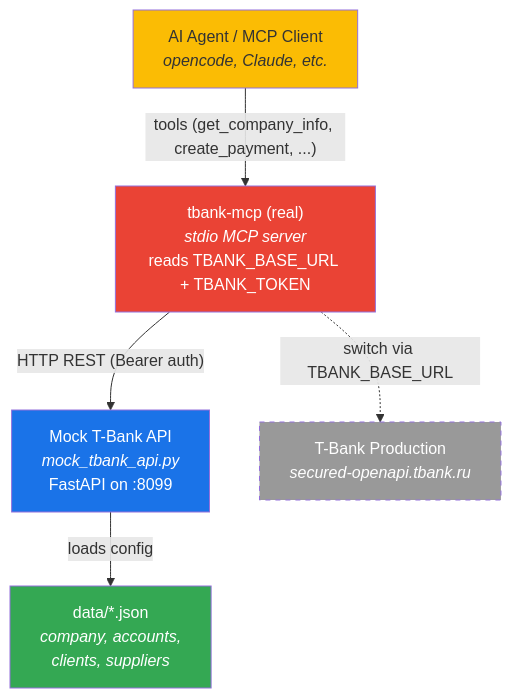
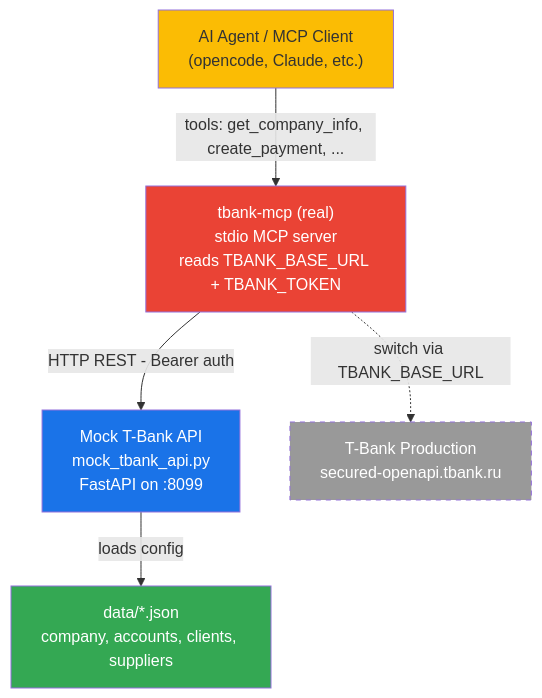
The diagram in README.md (yosbel-penate2/mock-tbank-api), drawn with Mermaid before and after one commit.

Commit message:
fix: remove HTML tags from Mermaid diagram for GitHub compat

````diff
--- a/README.md
+++ b/README.md
@@ -30,19 +30,19 @@
 ```mermaid
 flowchart TB
-    Agent["AI Agent / MCP Client<br/><i>opencode, Claude, etc.</i>"]
-    MCP["tbank-mcp (real)<br/><i>stdio MCP server</i><br/>reads TBANK_BASE_URL + TBANK_TOKEN"]
-    Mock["Mock T-Bank API<br/><i>mock_tbank_api.py</i><br/>FastAPI on :8099"]
-    Data["data/*.json<br/><i>company, accounts,<br/>clients, suppliers</i>"]
-    Prod["T-Bank Production<br/><i>secured-openapi.tbank.ru</i>"]
+    Agent["AI Agent / MCP Client<br/>(opencode, Claude, etc.)"]
+    MCP["tbank-mcp (real)<br/>stdio MCP server<br/>reads TBANK_BASE_URL + TBANK_TOKEN"]
+    Mock["Mock T-Bank API<br/>mock_tbank_api.py<br/>FastAPI on :8099"]
+    Data["data/*.json<br/>company, accounts, clients, suppliers"]
+    Prod["T-Bank Production<br/>secured-openapi.tbank.ru"]
 
-    Agent -- "tools (get_company_info, create_payment, ...)" --> MCP
-    MCP -- "HTTP REST (Bearer auth)" --> Mock
-    Mock -- "loads config" --> Data
-    MCP -. "switch via TBANK_BASE_URL" .-> Prod
+    Agent -->|tools: get_company_info, create_payment, ...| MCP
+    MCP -->|HTTP REST - Bearer auth| Mock
+    Mock -->|loads config| Data
+    MCP -.->|switch via TBANK_BASE_URL| Prod
 
     style Mock fill:#1a73e8,color:#fff
     style Data fill:#34a853,color:#fff
     style MCP fill:#ea4335,color:#fff
     style Agent fill:#fbbc04
     style Prod fill:#999,color:#fff,stroke-dasharray: 5 5
 ```
````
